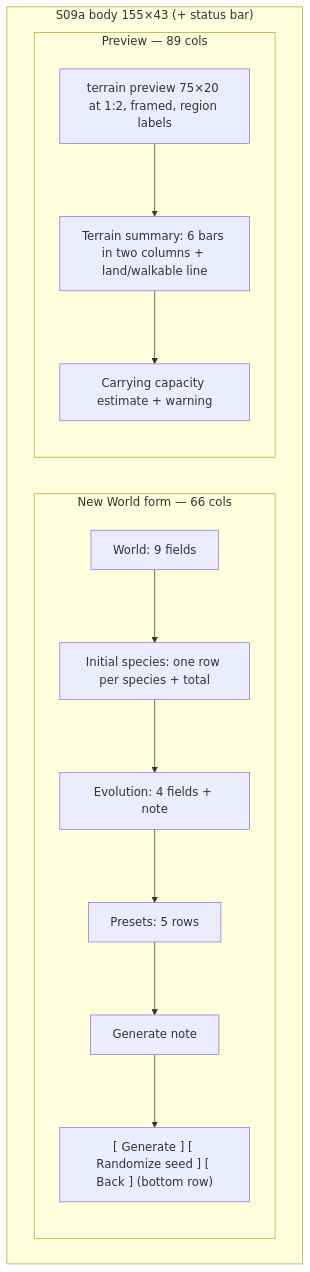
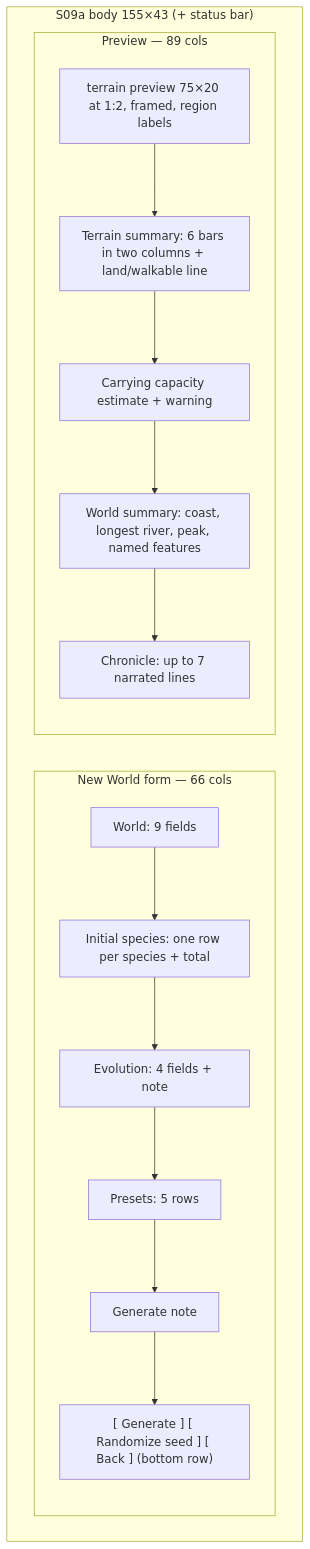
One commit to sbayer55/sim-fortress changed the diagram in docs/screens/s09-world-generation.md. Above: the diagram before and after it, drawn with Mermaid. The commit also changed other lines of this file and 27 other files, not shown here.

````diff
--- a/docs/screens/s09-world-generation.md
+++ b/docs/screens/s09-world-generation.md
@@ -32,23 +32,25 @@
 ```mermaid
 flowchart LR
     subgraph body["S09a body 155×43 (+ status bar)"]
         direction LR
         subgraph F["New World form — 66 cols"]
             direction TB
             F1["World: 9 fields"]
             F2["Initial species: one row per species + total"]
             F3["Evolution: 4 fields + note"]
             F4["Presets: 5 rows"]
             F5["Generate note"]
             F6["[ Generate ] [ Randomize seed ] [ Back ] (bottom row)"]
             F1 --> F2 --> F3 --> F4 --> F5 --> F6
         end
         subgraph P["Preview — 89 cols"]
             direction TB
             P1["terrain preview 75×20 at 1:2, framed, region labels"]
             P2["Terrain summary: 6 bars in two columns + land/walkable line"]
             P3["Carrying capacity estimate + warning"]
-            P1 --> P2 --> P3
+            P4["World summary: coast, longest river, peak, named features"]
+            P5["Chronicle: up to 7 narrated lines"]
+            P1 --> P2 --> P3 --> P4 --> P5
         end
     end
 ```
````
